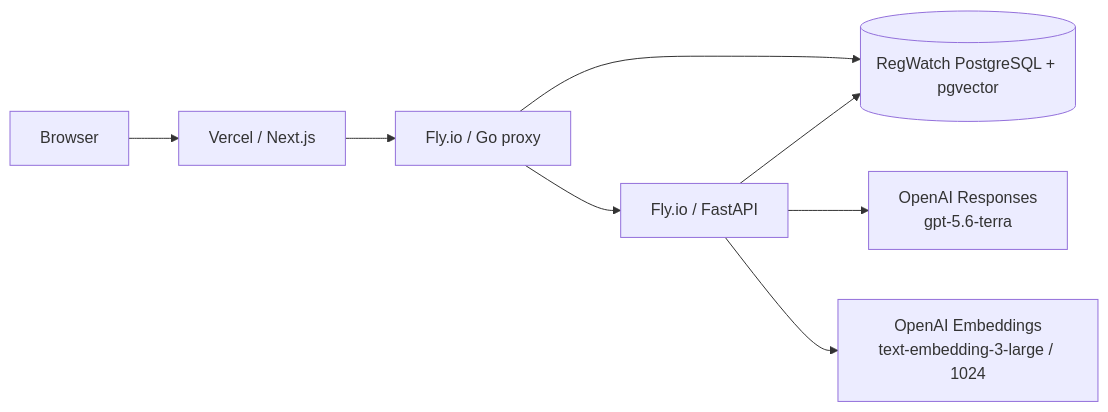
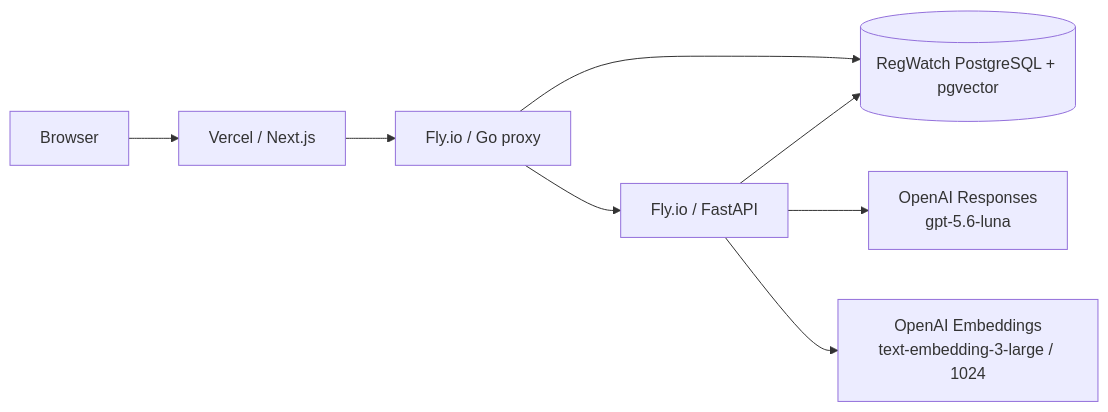
One commit to Hussain0327/amneal changed the second of 2 diagrams in README.md. Above: the diagram before and after it, drawn with Mermaid. The commit also changed other lines of this file and 22 other files, not shown here.

First line of the commit message:
feat(llm): move generation to gpt-5.6-luna

````diff
--- a/README.md
+++ b/README.md
@@ -232,10 +232,10 @@
 ```mermaid
 flowchart LR
     B["Browser"] --> V["Vercel / Next.js"]
     V --> GO["Fly.io / Go proxy"]
     GO --> PY["Fly.io / FastAPI"]
     GO --> PG[("RegWatch PostgreSQL + pgvector")]
     PY --> PG
-    PY --> RESP["OpenAI Responses<br/>gpt-5.6-terra"]
+    PY --> RESP["OpenAI Responses<br/>gpt-5.6-luna"]
     PY --> EMB["OpenAI Embeddings<br/>text-embedding-3-large / 1024"]
 ```
````
